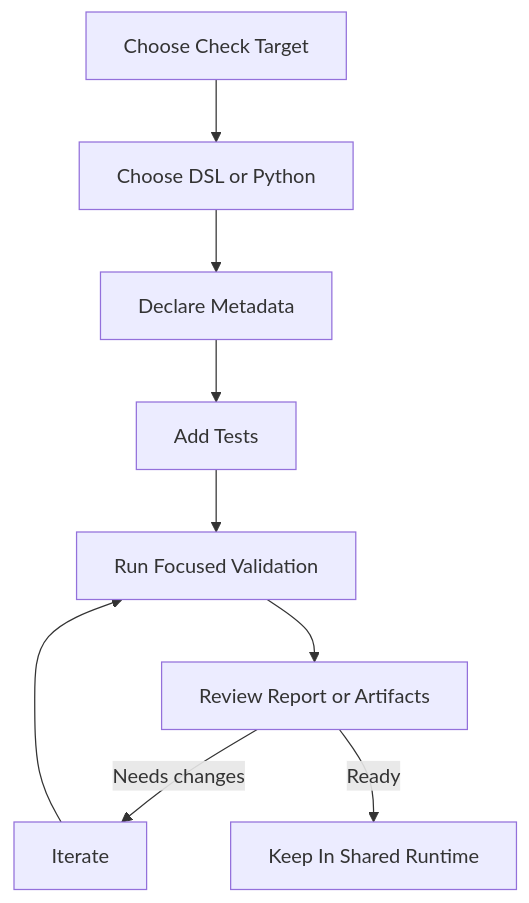
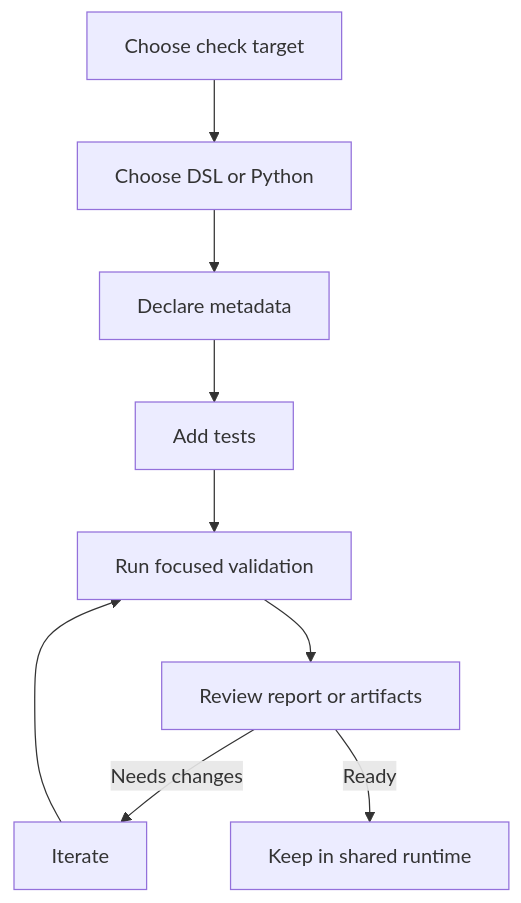
The diagram in docs/how-to/author-checks.md (bobcorn/openfoodfacts-data-quality), drawn with Mermaid before and after one commit. The commit also changed other lines of this file and 27 other files, not shown here.

````diff
--- a/docs/how-to/author-checks.md
+++ b/docs/how-to/author-checks.md
@@ -15,16 +21,16 @@
 ```mermaid
 flowchart TB
-    A["Choose Check Target"]
+    A["Choose check target"]
     B["Choose DSL or Python"]
-    C["Declare Metadata"]
-    D["Add Tests"]
-    E["Run Focused Validation"]
-    F["Review Report or Artifacts"]
+    C["Declare metadata"]
+    D["Add tests"]
+    E["Run focused validation"]
+    F["Review report or artifacts"]
     G["Iterate"]
-    H["Keep In Shared Runtime"]
+    H["Keep in shared runtime"]
 
     A --> B --> C --> D --> E --> F
     F -->|"Needs changes"| G
     G --> E
     F -->|"Ready"| H
 ```
````
